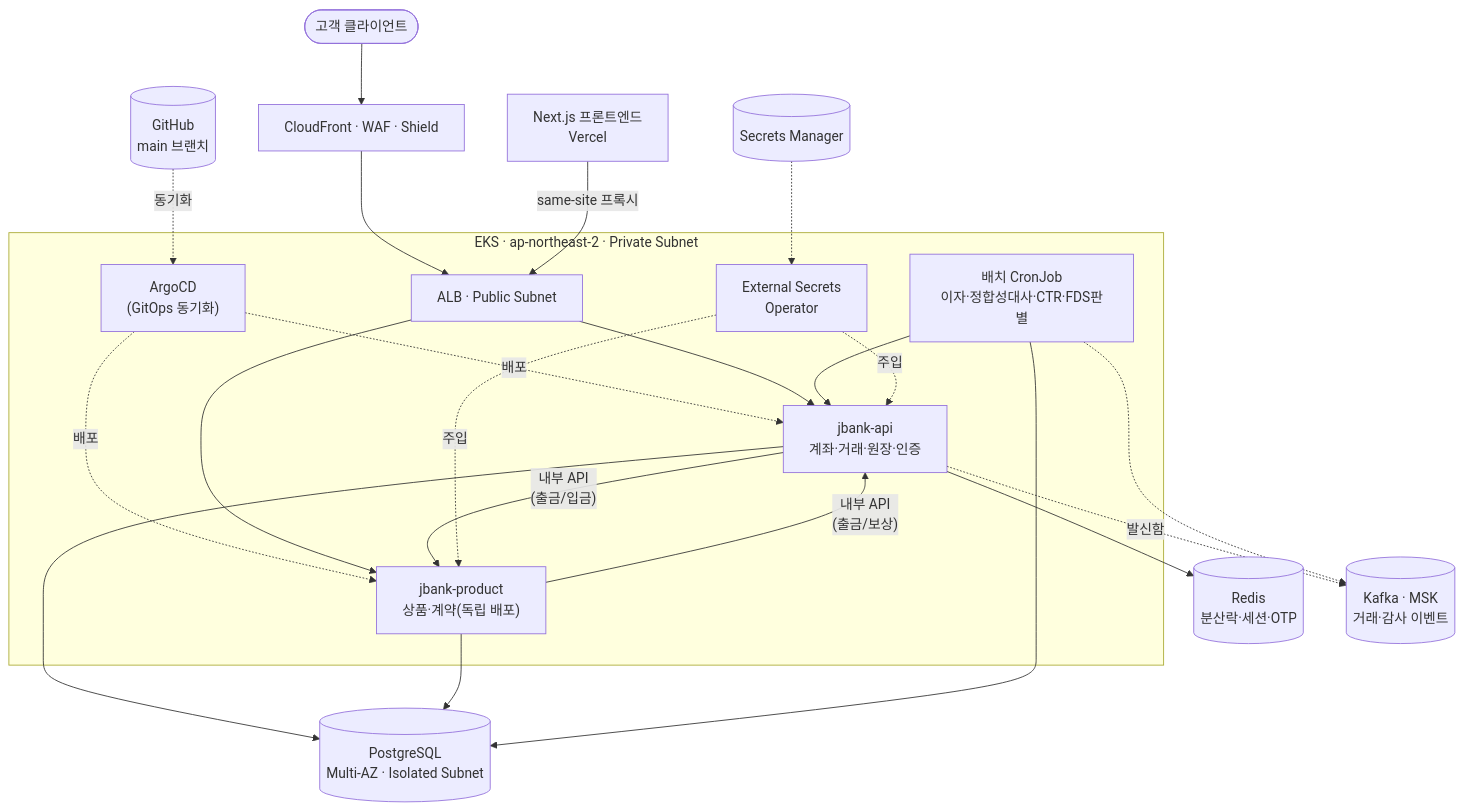
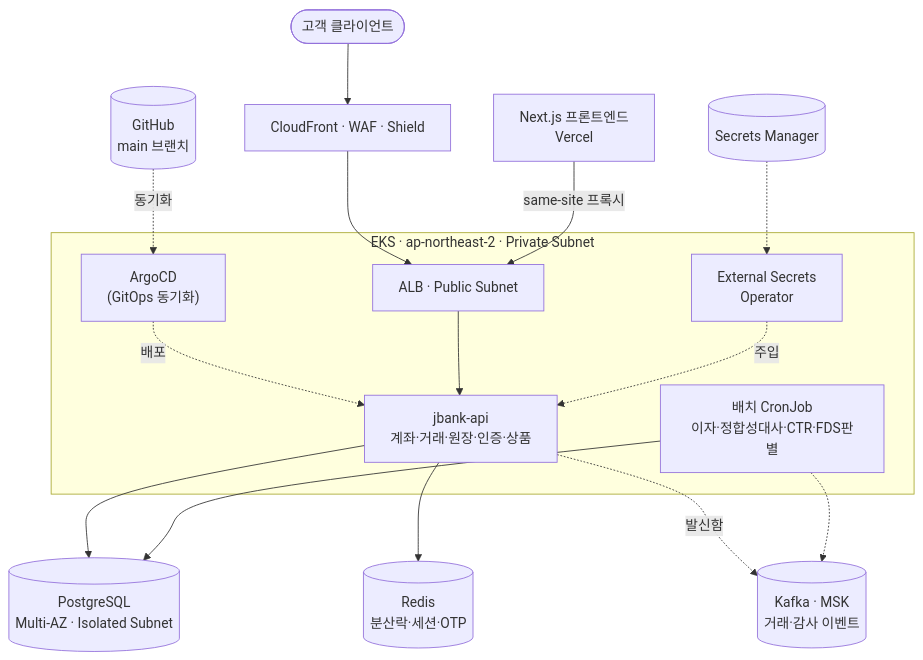
Before and after one commit to JaeHyun10-03/J-Bank: the first of 4 diagrams in README.md, drawn with Mermaid. The commit also changed other lines of this file and 16 other files, not shown here.

````diff
--- a/README.md
+++ b/README.md
@@ -45,29 +45,22 @@
 ```mermaid
 flowchart TB
     User([고객 클라이언트]) --> CF["CloudFront · WAF · Shield"]
     CF --> ALB["ALB · Public Subnet"]
     Git[("GitHub<br/>main 브랜치")] -.동기화.-> Argo
 
     subgraph VPC["EKS · ap-northeast-2 · Private Subnet"]
         Argo["ArgoCD<br/>(GitOps 동기화)"] -.배포.-> API
-        Argo -.배포.-> Product
-        ALB --> API["jbank-api<br/>계좌·거래·원장·인증"]
-        ALB --> Product["jbank-product<br/>상품·계약(독립 배포)"]
+        ALB --> API["jbank-api<br/>계좌·거래·원장·인증·상품"]
         Batch["배치 CronJob<br/>이자·정합성대사·CTR·FDS판별"]
-        API -->|"내부 API<br/>(출금/입금)"| Product
-        Product -->|"내부 API<br/>(출금/보상)"| API
-        Batch --> API
         ESO["External Secrets<br/>Operator"] -.주입.-> API
-        ESO -.주입.-> Product
     end
 
     SM[("Secrets Manager")] -.-> ESO
     API --> RDS[("PostgreSQL<br/>Multi-AZ · Isolated Subnet")]
-    Product --> RDS
     API --> Redis[("Redis<br/>분산락·세션·OTP")]
     API -.발신함.-> Kafka[("Kafka · MSK<br/>거래·감사 이벤트")]
     Batch --> RDS
     Batch -.-> Kafka
 
     Web["Next.js 프론트엔드<br/>Vercel"] -->|same-site 프록시| ALB
 ```
````
